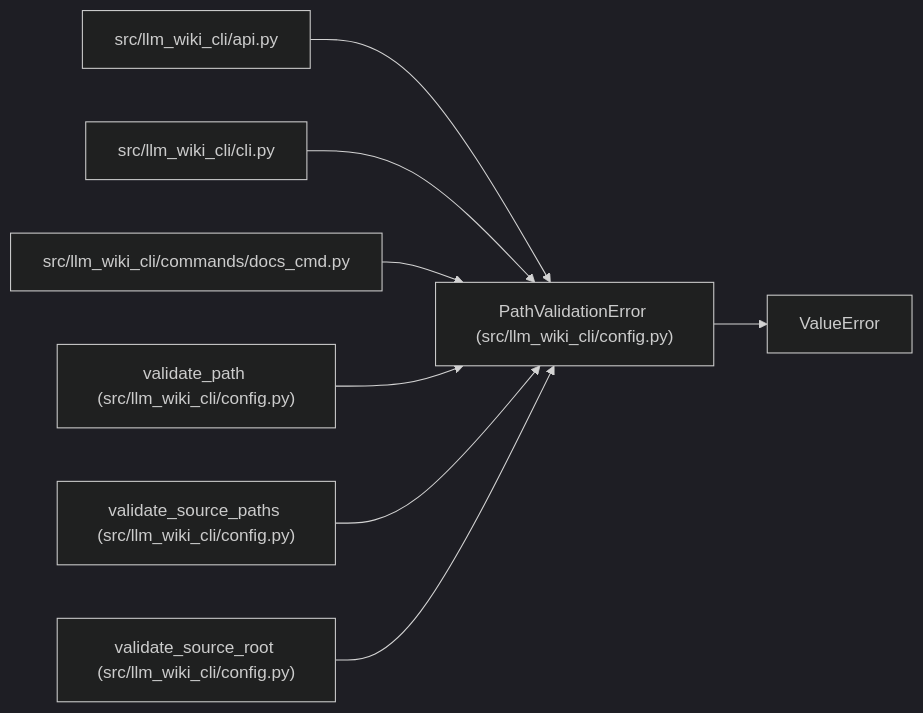
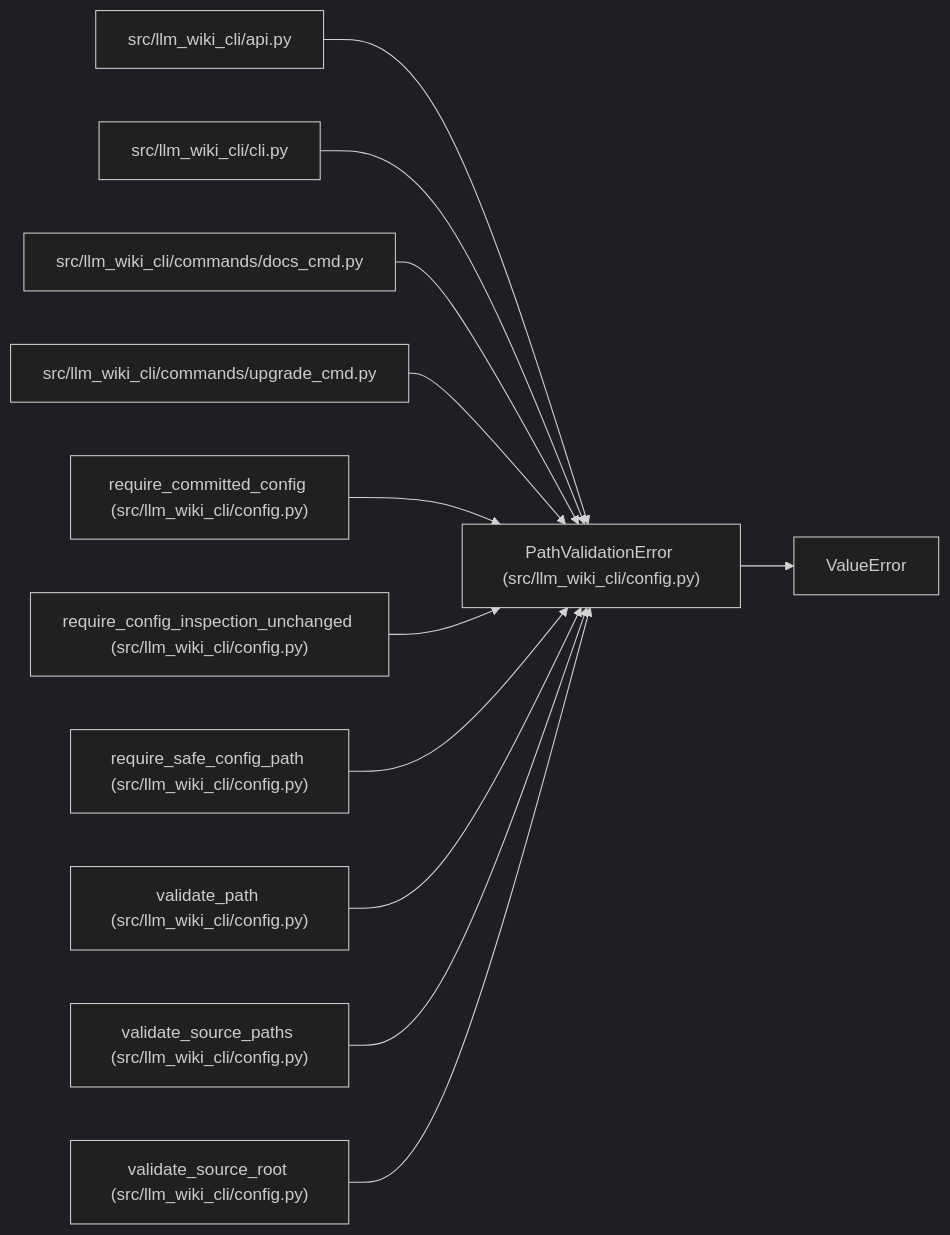
Before and after one commit to Denissvgn/python-wiki-llm: the diagram in docs/llm_wiki/entities/PathValidationError.md, drawn with Mermaid (dark theme). The commit also changed other lines of this file and 364 other files, not shown here.

````diff
--- a/docs/llm_wiki/entities/PathValidationError.md
+++ b/docs/llm_wiki/entities/PathValidationError.md
@@ -23,25 +23,37 @@
 ```mermaid
 flowchart LR
     n0["PathValidationError (src/llm_wiki_cli/config.py)"]
     n1["ValueError"]
     n2["src/llm_wiki_cli/api.py"]
     n3["src/llm_wiki_cli/cli.py"]
     n4["src/llm_wiki_cli/commands/docs_cmd.py"]
-    n5["validate_path (src/llm_wiki_cli/config.py)"]
-    n6["validate_source_paths (src/llm_wiki_cli/config.py)"]
-    n7["validate_source_root (src/llm_wiki_cli/config.py)"]
+    n5["src/llm_wiki_cli/commands/upgrade_cmd.py"]
+    n6["require_committed_config (src/llm_wiki_cli/config.py)"]
+    n7["require_config_inspection_unchanged (src/llm_wiki_cli/config.py)"]
+    n8["require_safe_config_path (src/llm_wiki_cli/config.py)"]
+    n9["validate_path (src/llm_wiki_cli/config.py)"]
+    n10["validate_source_paths (src/llm_wiki_cli/config.py)"]
+    n11["validate_source_root (src/llm_wiki_cli/config.py)"]
     n0 --> n1
     n2 --> n0
     n3 --> n0
     n4 --> n0
     n5 --> n0
     n6 --> n0
     n7 --> n0
+    n8 --> n0
+    n9 --> n0
+    n10 --> n0
+    n11 --> n0
     click n0 "../modules/config.md"
     click n2 "../modules/api.md"
     click n3 "../modules/cli.md"
     click n4 "../modules/docs_cmd.md"
-    click n5 "../modules/config.md"
+    click n5 "../modules/upgrade_cmd.md"
     click n6 "../modules/config.md"
     click n7 "../modules/config.md"
+    click n8 "../modules/config.md"
+    click n9 "../modules/config.md"
+    click n10 "../modules/config.md"
+    click n11 "../modules/config.md"
 ```
````
